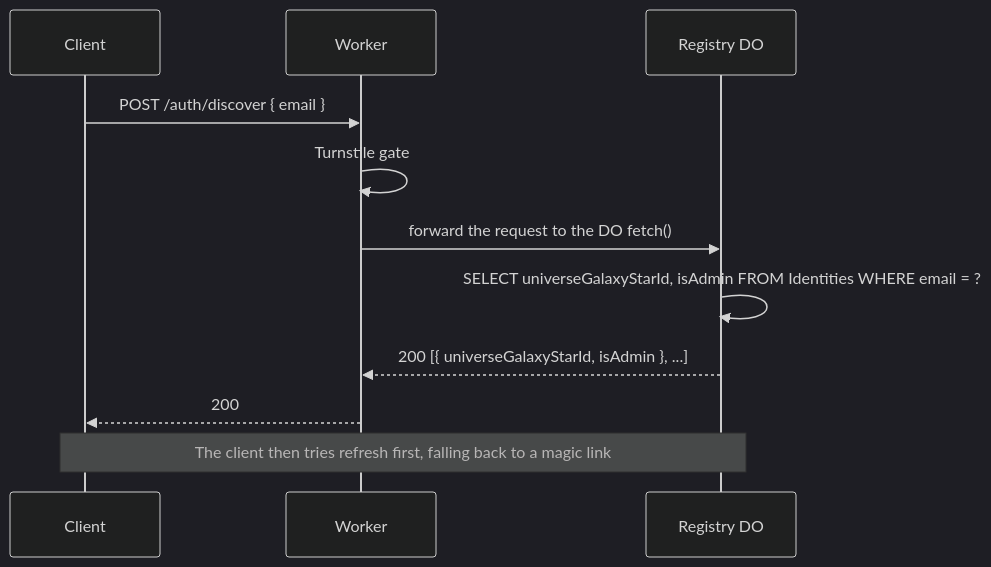
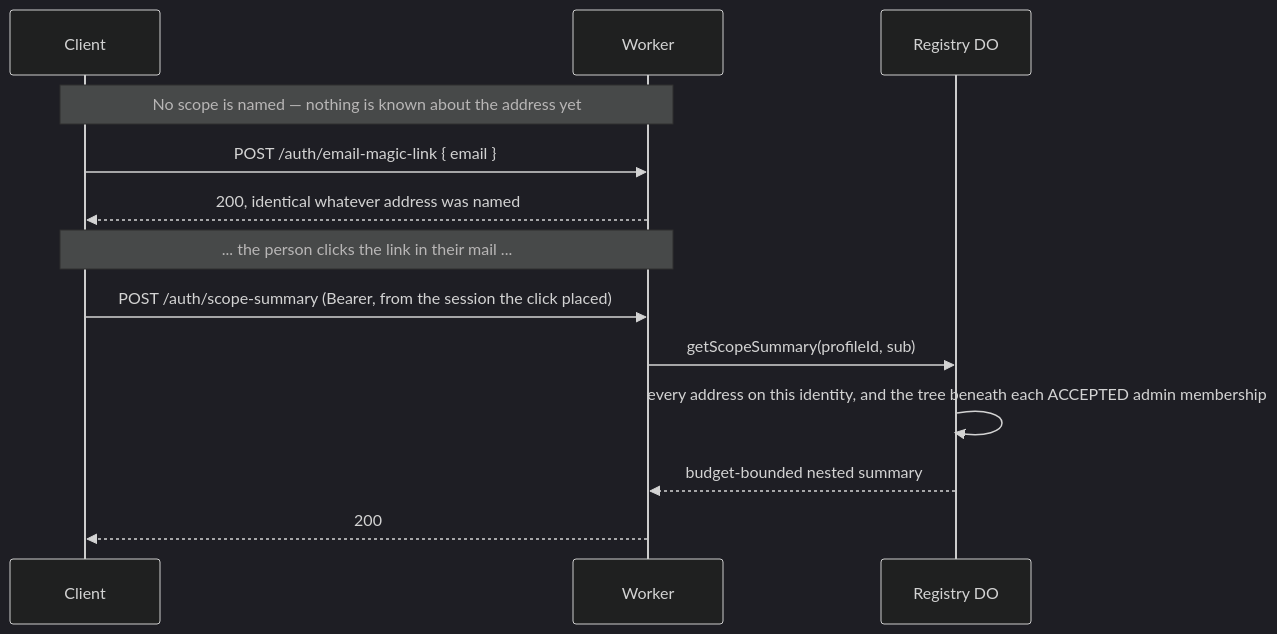
One commit to lumenize/lumenize changed the sixth of 8 diagrams in packages/nebula-auth/README.md. Above: the diagram before and after it, drawn with Mermaid (dark theme). The commit also changed other lines of this file and 5 other files, not shown here.

````diff
--- a/packages/nebula-auth/README.md
+++ b/packages/nebula-auth/README.md
@@ -320,15 +330,18 @@
 ```mermaid
 sequenceDiagram
     participant C as Client
     participant W as Worker
     participant R as Registry DO
 
-    C->>W: POST /auth/discover { email }
-    W->>W: Turnstile gate
-    W->>R: forward the request to the DO fetch()
-    R->>R: SELECT universeGalaxyStarId, isAdmin FROM Identities WHERE email = ?
-    R-->>W: 200 [{ universeGalaxyStarId, isAdmin }, ...]
+    Note over C,W: No scope is named — nothing is known about the address yet
+    C->>W: POST /auth/email-magic-link { email }
+    W-->>C: 200, identical whatever address was named
+
+    Note over C,W: ... the person clicks the link in their mail ...
+
+    C->>W: POST /auth/scope-summary (Bearer, from the session the click placed)
+    W->>R: getScopeSummary(profileId, sub)
+    R->>R: every address on this identity, and the tree beneath each ACCEPTED admin membership
+    R-->>W: budget-bounded nested summary
     W-->>C: 200
-
-    Note over C,R: The client then tries refresh first, falling back to a magic link
 ```
````
